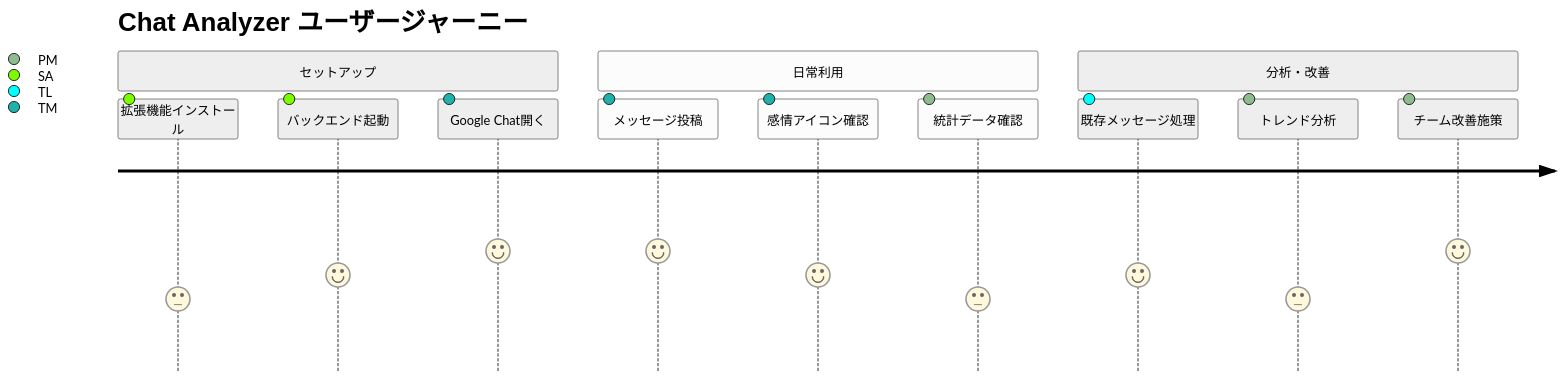
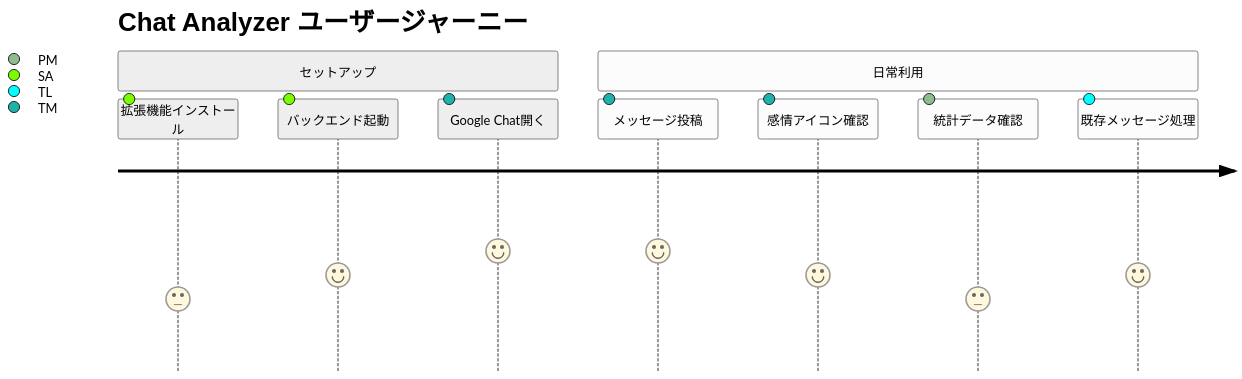
Before and after one commit to dyamada-jaki/chat-analyzer: the fourth of 6 diagrams in docs/docs/USECASE_DIAGRAMS.md, drawn with Mermaid (neutral theme). The commit also changed other lines of this file, not shown here.

First line of the commit message:
📊 ユースケース図を実装済み機能のみに整理

````diff
--- a/docs/docs/USECASE_DIAGRAMS.md
+++ b/docs/docs/USECASE_DIAGRAMS.md
@@ -83,16 +83,13 @@
 ```mermaid
 journey
     title Chat Analyzer ユーザージャーニー
     section セットアップ
       拡張機能インストール: 3: SA
       バックエンド起動: 4: SA
       Google Chat開く: 5: TM
     section 日常利用
       メッセージ投稿: 5: TM
       感情アイコン確認: 4: TM
       統計データ確認: 3: PM
-    section 分析・改善
       既存メッセージ処理: 4: TL
-      トレンド分析: 3: PM
-      チーム改善施策: 5: PM
 ```
````
